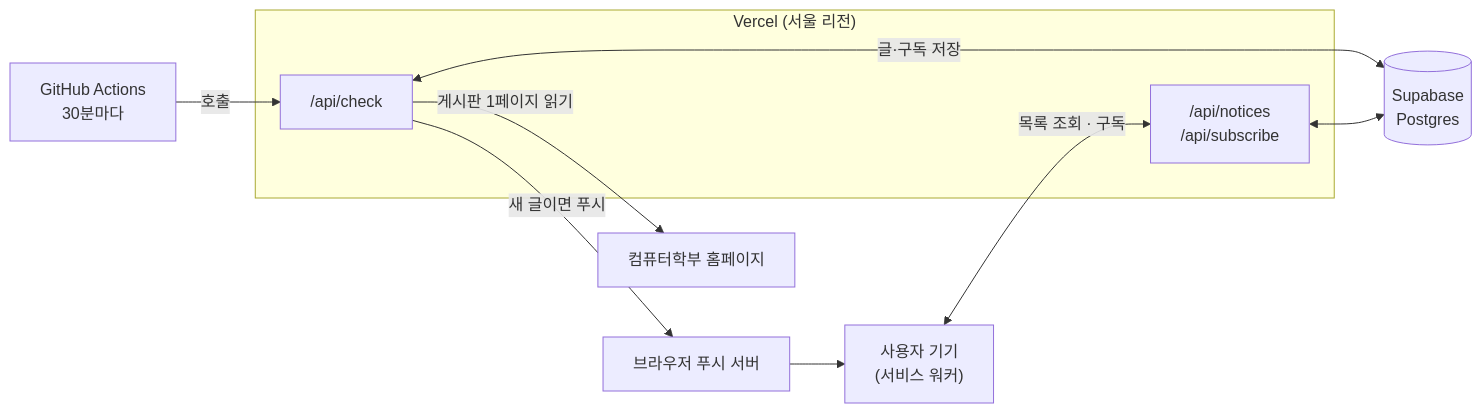
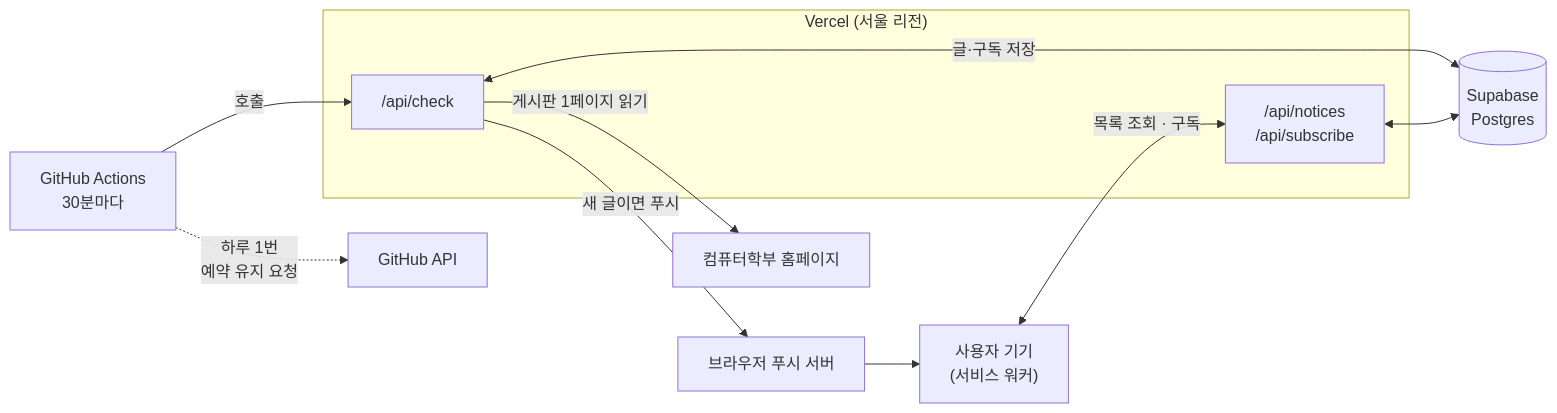
Before and after one commit to HHHv-v/knu-cse-notice: the diagram in README.md, drawn with Mermaid. The commit also changed other lines of this file, not shown here.

````diff
--- a/README.md
+++ b/README.md
@@ -28,16 +29,17 @@
 ```mermaid
 flowchart LR
   GA["GitHub Actions<br/>30분마다"] -->|"호출"| CHECK
+  GA -.->|"하루 1번<br/>예약 유지 요청"| GH["GitHub API"]
 
   subgraph Vercel["Vercel (서울 리전)"]
     CHECK["/api/check"]
     API["/api/notices<br/>/api/subscribe"]
   end
 
   CHECK -->|"게시판 1페이지 읽기"| KNU["컴퓨터학부 홈페이지"]
   CHECK <-->|"글·구독 저장"| DB[("Supabase<br/>Postgres")]
   CHECK -->|"새 글이면 푸시"| PUSH["브라우저 푸시 서버"]
   PUSH --> USER["사용자 기기<br/>(서비스 워커)"]
   USER <-->|"목록 조회 · 구독"| API
   API <--> DB
 ```
````
